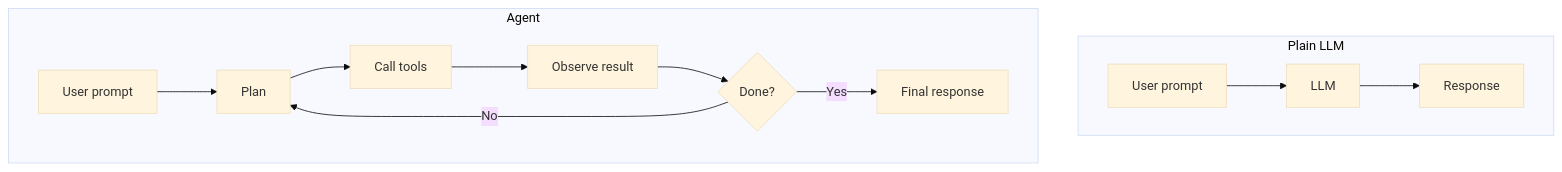
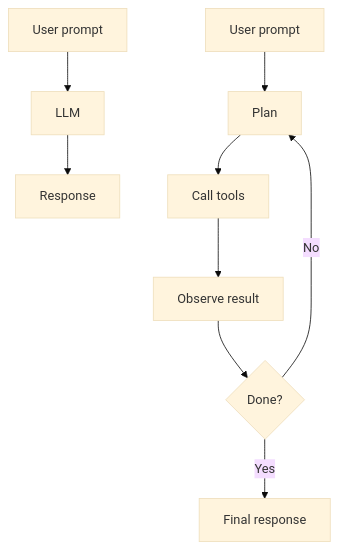
The third of 6 diagrams in 001/README.md (jpraychev/youtube), drawn with Mermaid (base theme) before and after one commit.

````diff
--- a/001/README.md
+++ b/001/README.md
@@ -90,16 +90,12 @@
 ```mermaid
 flowchart TD
-    subgraph Plain LLM
-        P1[User prompt] --> P2[LLM]
-        P2 --> P3[Response]
-    end
+    P1[User prompt] --> P2[LLM]
+    P2 --> P3[Response]
 
-    subgraph Agent
-        A1[User prompt] --> A2[Plan]
-        A2 --> A3[Call tools]
-        A3 --> A4[Observe result]
-        A4 --> A5{Done?}
-        A5 -->|No| A2
-        A5 -->|Yes| A6[Final response]
-    end
+    A1[User prompt] --> A2[Plan]
+    A2 --> A3[Call tools]
+    A3 --> A4[Observe result]
+    A4 --> A5{Done?}
+    A5 -->|No| A2
+    A5 -->|Yes| A6[Final response]
 ```
````
